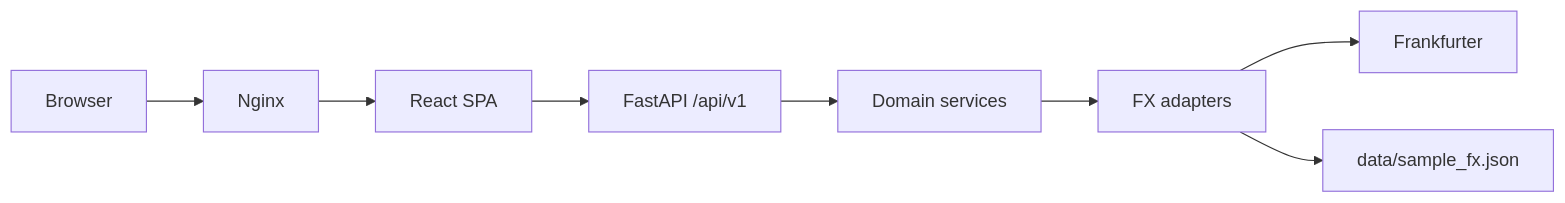
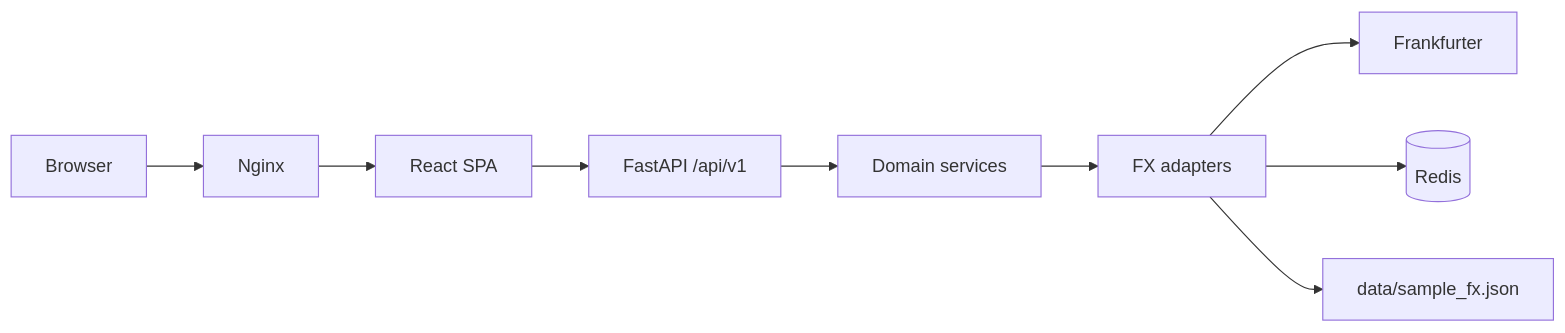
One commit to SanikaKatekar/currency-exchange-rate-dashboard changed the diagram in README.md. Above: the diagram before and after it, drawn with Mermaid. The commit also changed other lines of this file and 43 other files, not shown here.

````diff
--- a/README.md
+++ b/README.md
@@ -13,10 +9,11 @@
 ```mermaid
 flowchart LR
   Browser --> Nginx
   Nginx --> ReactSPA[React SPA]
   ReactSPA --> API[FastAPI /api/v1]
   API --> Domain[Domain services]
   Domain --> FX[FX adapters]
   FX --> Frankfurter
+  FX --> Redis[(Redis)]
   FX --> SampleJSON[data/sample_fx.json]
 ```
````
